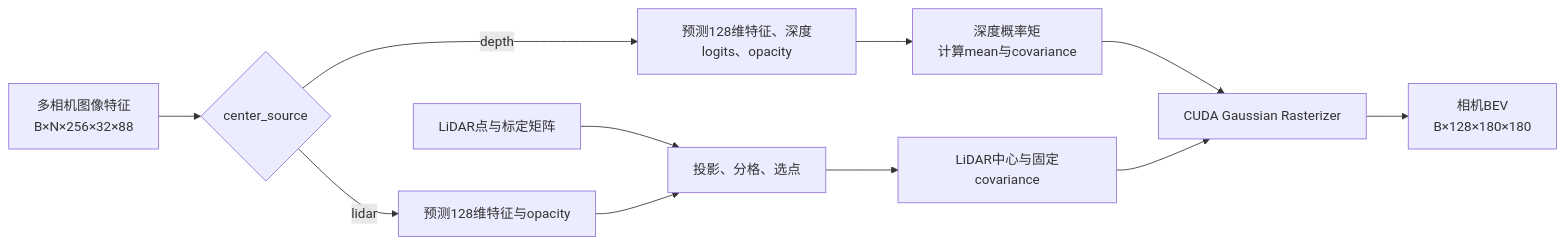
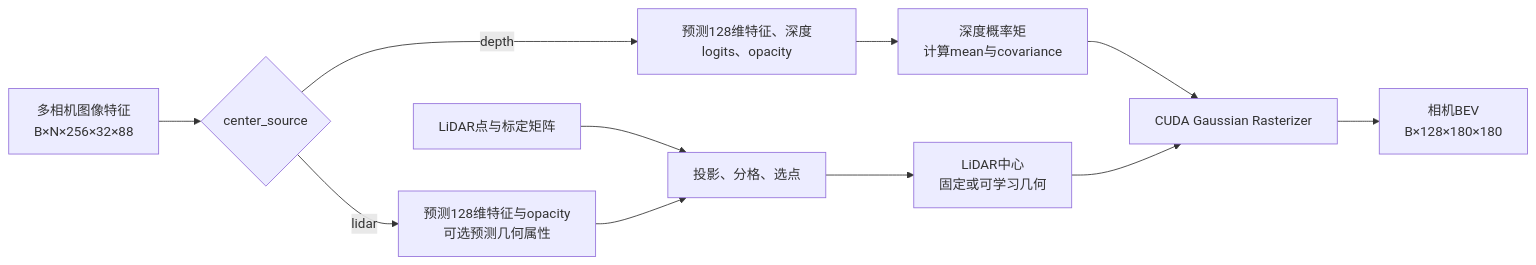
The diagram in docs/4.GaussianBEVTransform实现.md (w1394945493/DAOcc), drawn with Mermaid before and after one commit. The commit also changed other lines of this file and 10 other files, not shown here.

````diff
--- a/docs/4.GaussianBEVTransform实现.md
+++ b/docs/4.GaussianBEVTransform实现.md
@@ -37,13 +37,13 @@
 ```mermaid
 flowchart LR
     A[多相机图像特征<br/>B×N×256×32×88] --> B{center_source}
     B -->|depth| C[预测128维特征、深度logits、opacity]
     C --> D[深度概率矩<br/>计算mean与covariance]
-    B -->|lidar| E[预测128维特征与opacity]
+    B -->|lidar| E[预测128维特征与opacity<br/>可选预测几何属性]
     F[LiDAR点与标定矩阵] --> G[投影、分格、选点]
     E --> G
-    G --> H[LiDAR中心与固定covariance]
+    G --> H[LiDAR中心<br/>固定或可学习几何]
     D --> I[CUDA Gaussian Rasterizer]
     H --> I
     I --> J[相机BEV<br/>B×128×180×180]
 ```
````
